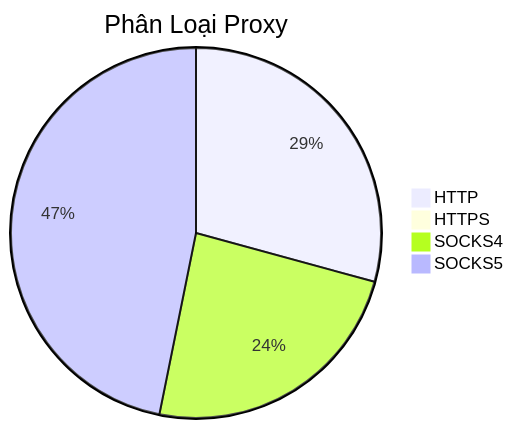
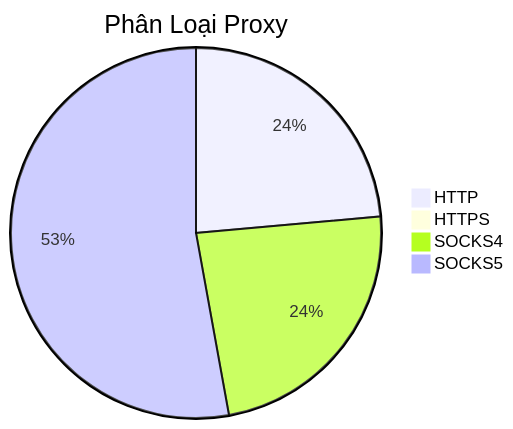
Before and after one commit to Ciara-12/PROXY-free: the diagram in README.md, drawn with Mermaid. The commit also changed other lines of this file and 3 other files, not shown here.

````diff
--- a/README.md
+++ b/README.md
@@ -26,7 +26,7 @@
 ```mermaid
 pie title Phân Loại Proxy
-    "HTTP" : 401
+    "HTTP" : 347
     "HTTPS" : 0
-    "SOCKS4" : 328
-    "SOCKS5" : 642
+    "SOCKS4" : 347
+    "SOCKS5" : 778
 ```
````
